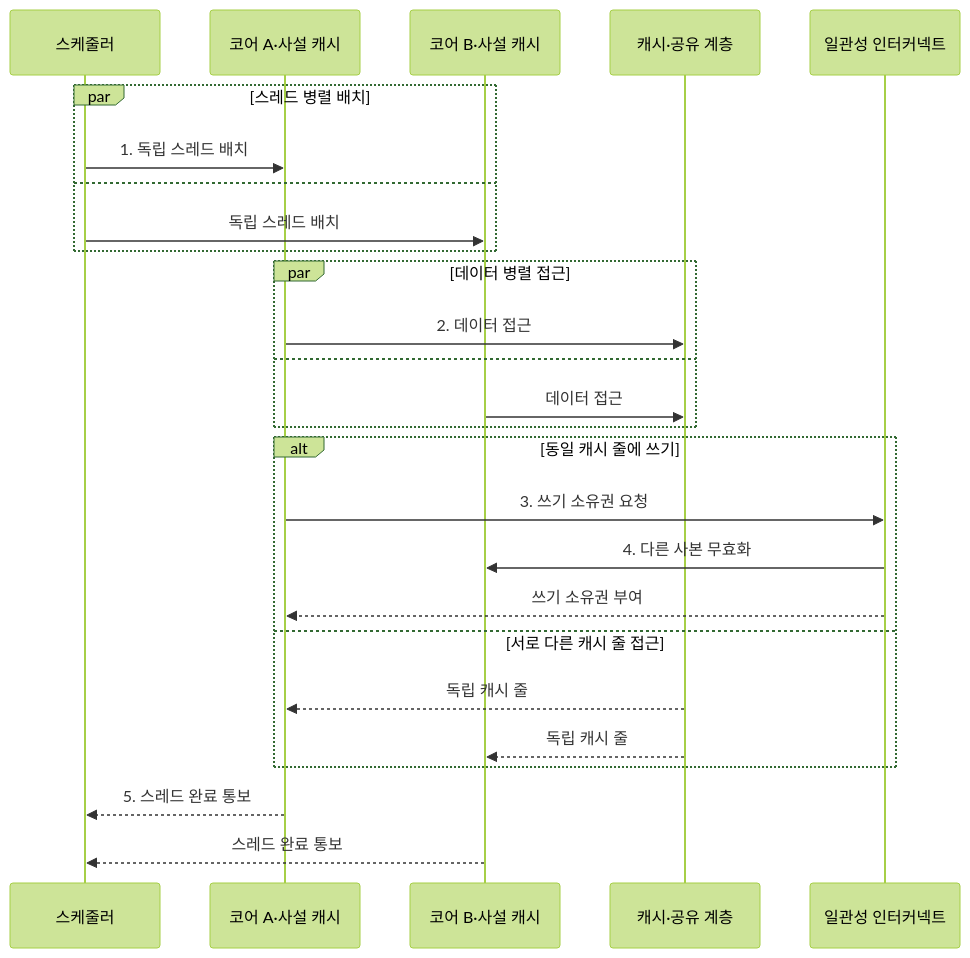
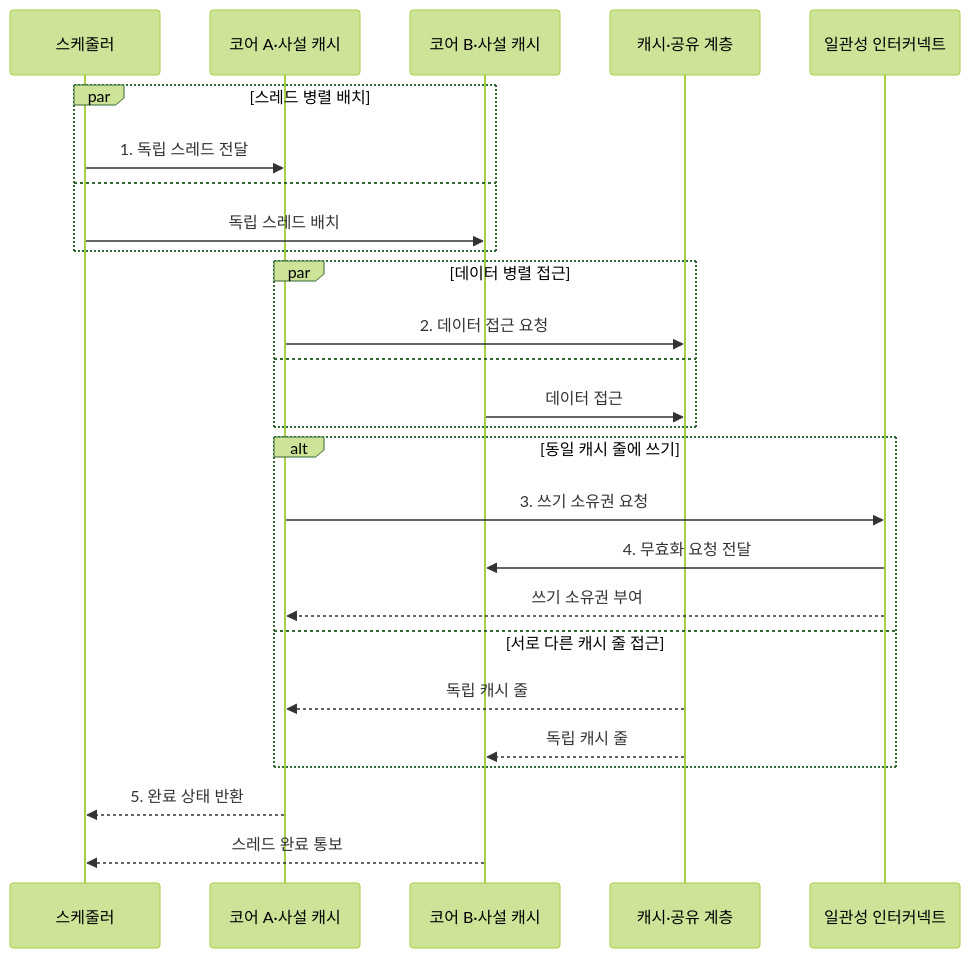
Before and after one commit to agnusdei1207/knowledge-base: the second of 2 diagrams in src/content/docs/notes/02-hardware/010_multicore_processor.md, drawn with Mermaid (forest theme). The commit also changed other lines of this file and 20 other files, not shown here.

````diff
--- a/src/content/docs/notes/02-hardware/010_multicore_processor.md
+++ b/src/content/docs/notes/02-hardware/010_multicore_processor.md
@@ -86,29 +84,29 @@
 ```mermaid
 sequenceDiagram
     participant S as 스케줄러
     participant A as 코어 A·사설 캐시
     participant B as 코어 B·사설 캐시
     participant L as 캐시·공유 계층
     participant I as 일관성 인터커넥트
 
     par 스레드 병렬 배치
-        S->>A: 1. 독립 스레드 배치
+        S->>A: 1. 독립 스레드 전달
     and
         S->>B: 독립 스레드 배치
     end
     par 데이터 병렬 접근
-        A->>L: 2. 데이터 접근
+        A->>L: 2. 데이터 접근 요청
     and
         B->>L: 데이터 접근
     end
     alt 동일 캐시 줄에 쓰기
         A->>I: 3. 쓰기 소유권 요청
-        I->>B: 4. 다른 사본 무효화
+        I->>B: 4. 무효화 요청 전달
         I-->>A: 쓰기 소유권 부여
     else 서로 다른 캐시 줄 접근
         L-->>A: 독립 캐시 줄
         L-->>B: 독립 캐시 줄
     end
-    A-->>S: 5. 스레드 완료 통보
+    A-->>S: 5. 완료 상태 반환
     B-->>S: 스레드 완료 통보
 ```
````
